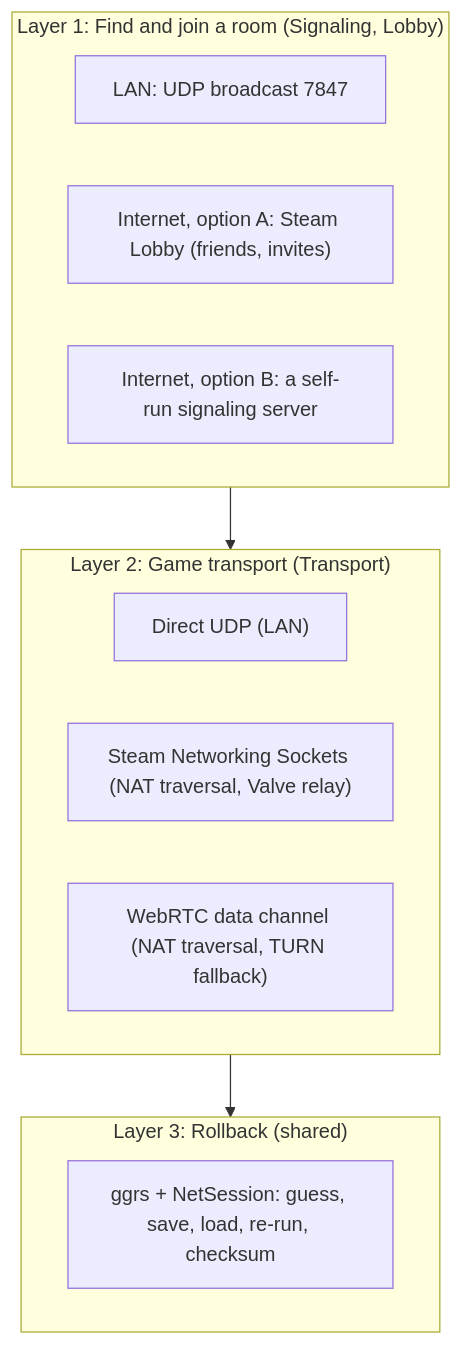
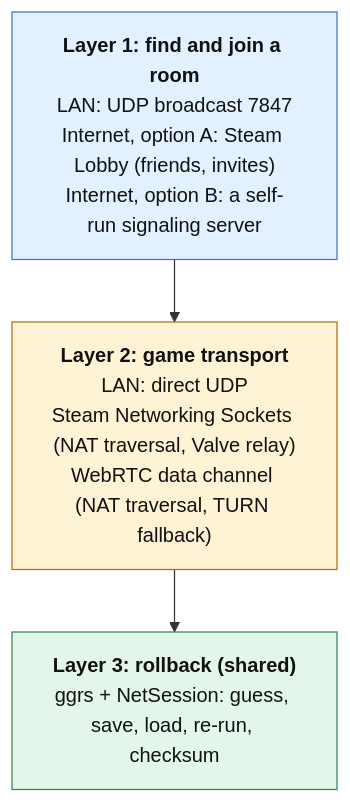
Before and after one commit to vunguyenvu35/vuretro: the ninth of 9 diagrams in docs/NETPLAY.md, drawn with Mermaid. The commit also changed other lines of this file, not shown here.

Commit message:
Docs: redraw NETPLAY diagrams (no overlapping subgraphs, shorter labels)

````diff
--- a/docs/NETPLAY.md
+++ b/docs/NETPLAY.md
@@ -577,19 +518,10 @@
 ```mermaid
 flowchart TB
-  subgraph L1["Layer 1: Find and join a room (Signaling, Lobby)"]
-    direction LR
-    A1["LAN: UDP broadcast 7847"]
-    A2["Internet, option A: Steam Lobby (friends, invites)"]
-    A3["Internet, option B: a self-run signaling server"]
-  end
-  subgraph L2["Layer 2: Game transport (Transport)"]
-    direction LR
-    B1["Direct UDP (LAN)"]
-    B2["Steam Networking Sockets (NAT traversal, Valve relay)"]
-    B3["WebRTC data channel (NAT traversal, TURN fallback)"]
-  end
-  subgraph L3["Layer 3: Rollback (shared)"]
-    C1["ggrs + NetSession: guess, save, load, re-run, checksum"]
-  end
+  classDef l1 fill:#e3f0ff,stroke:#3b78c4,color:#111
+  classDef l2 fill:#fff3d6,stroke:#b86e00,color:#111
+  classDef l3 fill:#e4f6ea,stroke:#2e8b57,color:#111
+  L1["<b>Layer 1: find and join a room</b><br/>LAN: UDP broadcast 7847<br/>Internet, option A: Steam Lobby (friends, invites)<br/>Internet, option B: a self-run signaling server"]:::l1
+  L2["<b>Layer 2: game transport</b><br/>LAN: direct UDP<br/>Steam Networking Sockets (NAT traversal, Valve relay)<br/>WebRTC data channel (NAT traversal, TURN fallback)"]:::l2
+  L3["<b>Layer 3: rollback (shared)</b><br/>ggrs + NetSession: guess, save, load, re-run, checksum"]:::l3
   L1 --> L2 --> L3
 ```
````
